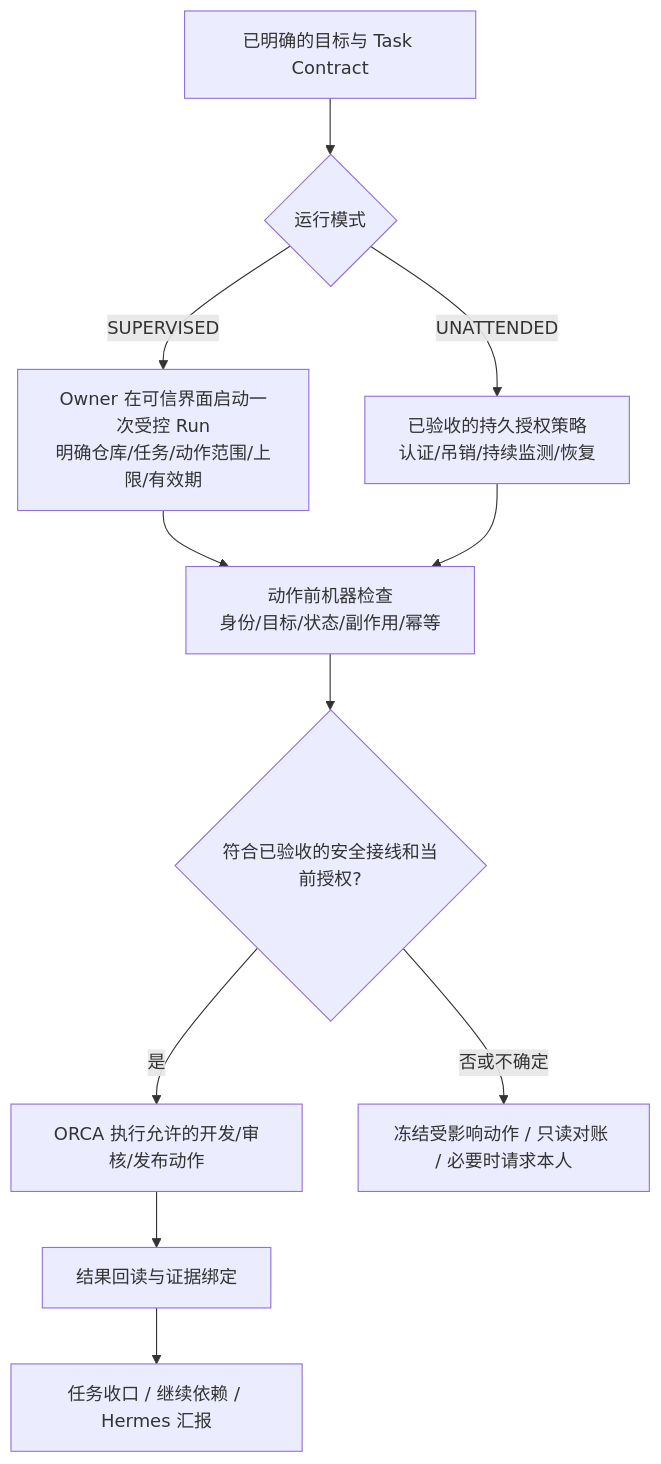
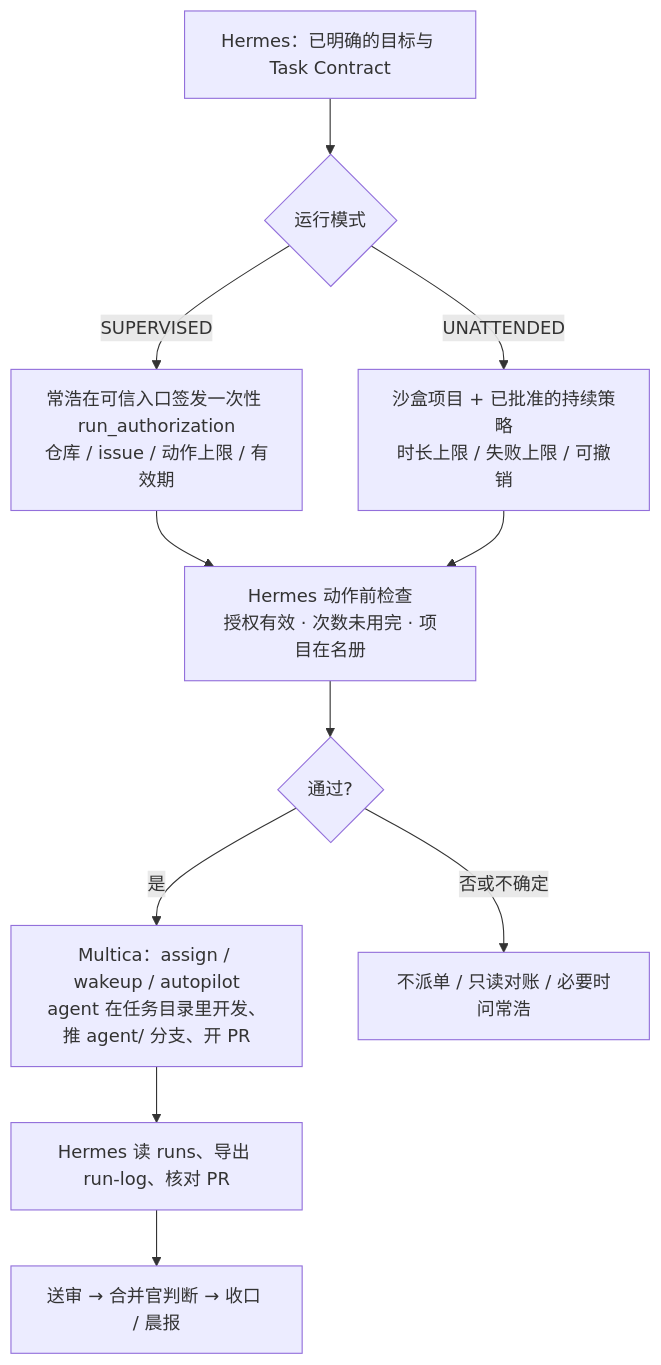
Before and after one commit to Natsukashii1997/digital-twin: the second of 4 diagrams in docs/DT-ORC/ARCHITECTURE.md, drawn with Mermaid. The commit also changed other lines of this file and 4 other files, not shown here.

First line of the commit message:
docs(dt-orc): 架构升 V4.0，项目协同改用 Multica，移除 ORCA（#60）

````diff
--- a/docs/DT-ORC/ARCHITECTURE.md
+++ b/docs/DT-ORC/ARCHITECTURE.md
@@ -189,13 +258,13 @@
 ```mermaid
 flowchart TB
-    T["已明确的目标与 Task Contract"] --> A{"运行模式"}
-    A -->|"SUPERVISED"| S["Owner 在可信界面启动一次受控 Run<br/>明确仓库/任务/动作范围/上限/有效期"]
-    A -->|"UNATTENDED"| U["已验收的持久授权策略<br/>认证/吊销/持续监测/恢复"]
-    S --> P["动作前机器检查<br/>身份/目标/状态/副作用/幂等"]
+    T["Hermes：已明确的目标与 Task Contract"] --> A{"运行模式"}
+    A -->|"SUPERVISED"| S["常浩在可信入口签发一次性 run_authorization<br/>仓库 / issue / 动作上限 / 有效期"]
+    A -->|"UNATTENDED"| U["沙盒项目 + 已批准的持续策略<br/>时长上限 / 失败上限 / 可撤销"]
+    S --> P["Hermes 动作前检查<br/>授权有效 · 次数未用完 · 项目在名册"]
     U --> P
-    P --> D{"符合已验收的安全接线和当前授权?"}
-    D -->|"是"| X["ORCA 执行允许的开发/审核/发布动作"]
-    D -->|"否或不确定"| F["冻结受影响动作 / 只读对账 / 必要时请求本人"]
-    X --> R["结果回读与证据绑定"]
-    R --> N["任务收口 / 继续依赖 / Hermes 汇报"]
+    P --> D{"通过?"}
+    D -->|"是"| X["Multica：assign / wakeup / autopilot<br/>agent 在任务目录里开发、推 agent/ 分支、开 PR"]
+    D -->|"否或不确定"| F["不派单 / 只读对账 / 必要时问常浩"]
+    X --> R["Hermes 读 runs、导出 run-log、核对 PR"]
+    R --> N["送审 → 合并官判断 → 收口 / 晨报"]
 ```
````
